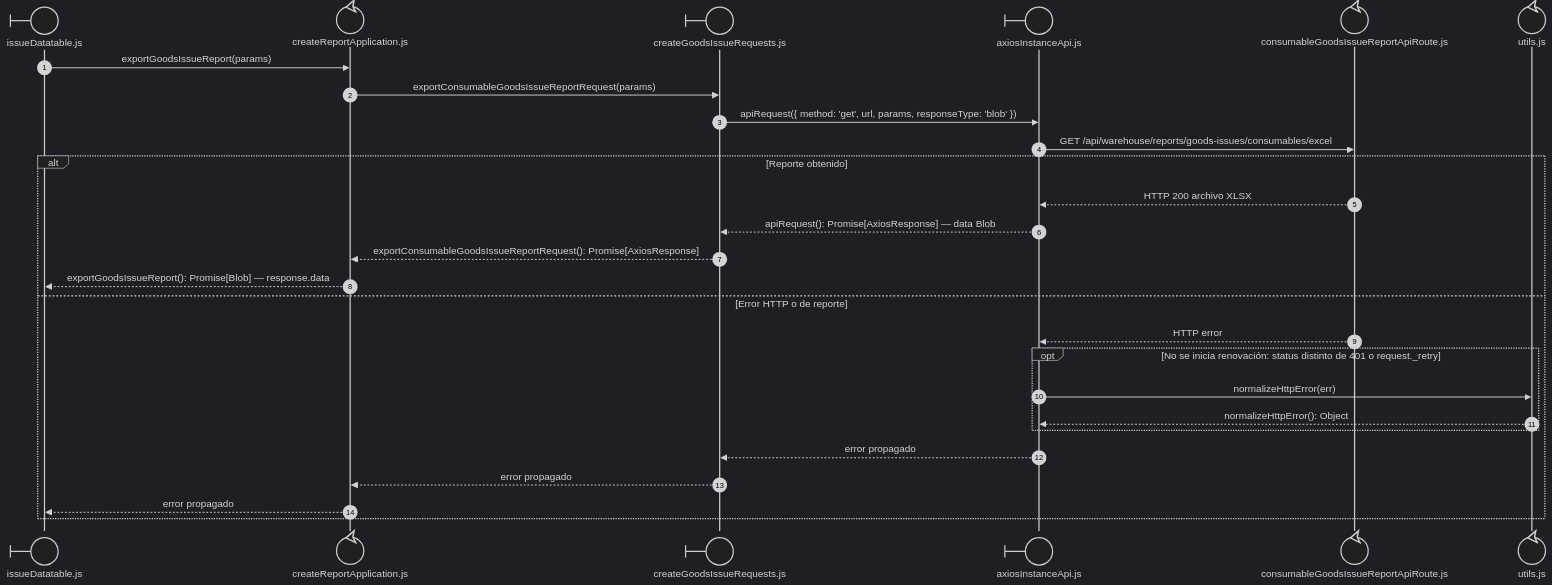
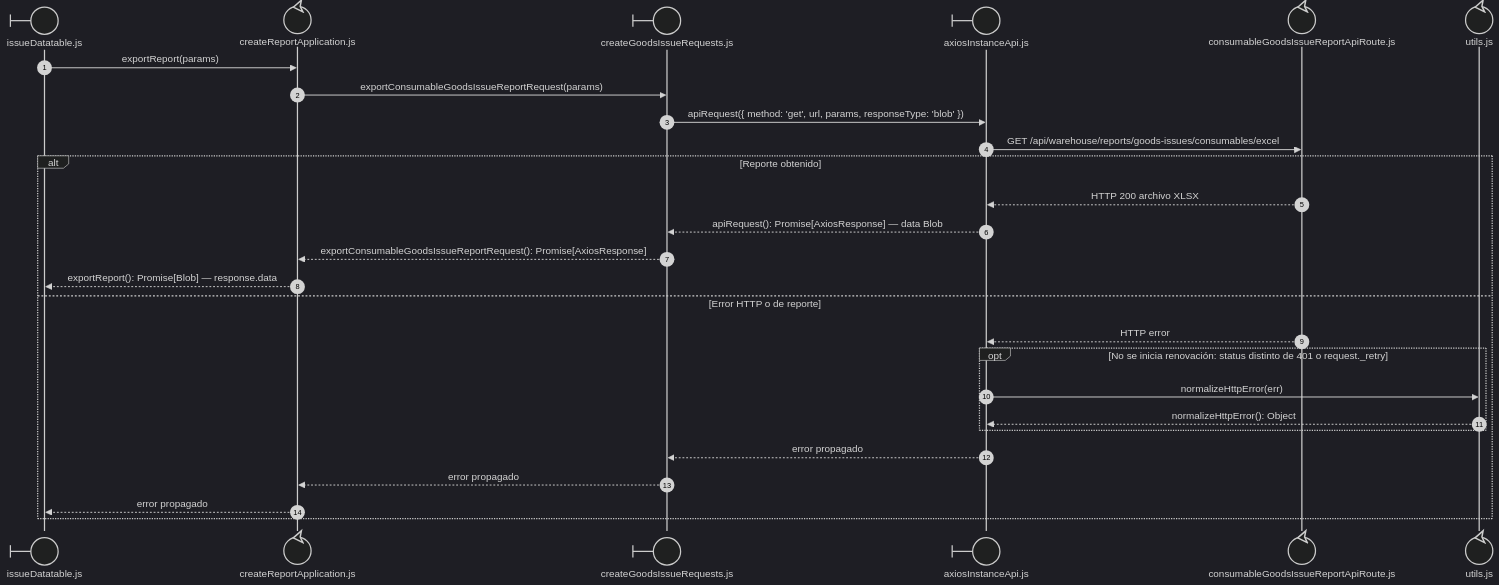
Before and after one commit to gpgsistemas01/nexus: the third of 4 diagrams in docs/architecture/views/processes/frontend-code-sequences/issues/cu-sal-21.md, drawn with Mermaid (dark theme). The commit also changed other lines of this file and 200 other files, not shown here.

````diff
--- a/docs/architecture/views/processes/frontend-code-sequences/issues/cu-sal-21.md
+++ b/docs/architecture/views/processes/frontend-code-sequences/issues/cu-sal-21.md
@@ -151,30 +148,30 @@
 ```mermaid
 sequenceDiagram
     autonumber
     participant View@{ "type": "boundary" } as issueDatatable.js
     participant Application@{ "type": "control" } as createReportApplication.js
     participant Request@{ "type": "boundary" } as createGoodsIssueRequests.js
     participant HTTP@{ "type": "boundary" } as axiosInstanceApi.js
     participant Transport@{ "type": "control" } as consumableGoodsIssueReportApiRoute.js
     participant FileUtils@{ "type": "control" } as utils.js
 
-    View->>Application: exportGoodsIssueReport(params)
+    View->>Application: exportReport(params)
     Application->>Request: exportConsumableGoodsIssueReportRequest(params)
     Request->>HTTP: apiRequest({ method: 'get', url, params, responseType: 'blob' })
     HTTP->>Transport: GET /api/warehouse/reports/goods-issues/consumables/excel
     alt Reporte obtenido
         Transport-->>HTTP: HTTP 200 archivo XLSX
         HTTP-->>Request: apiRequest(): Promise[AxiosResponse] — data Blob
         Request-->>Application: exportConsumableGoodsIssueReportRequest(): Promise[AxiosResponse]
-        Application-->>View: exportGoodsIssueReport(): Promise[Blob] — response.data
+        Application-->>View: exportReport(): Promise[Blob] — response.data
     else Error HTTP o de reporte
         Transport-->>HTTP: HTTP error
         opt No se inicia renovación: status distinto de 401 o request._retry
             HTTP->>FileUtils: normalizeHttpError(err)
             FileUtils-->>HTTP: normalizeHttpError(): Object
         end
         HTTP-->>Request: error propagado
         Request-->>Application: error propagado
         Application-->>View: error propagado
     end
 ```
````
